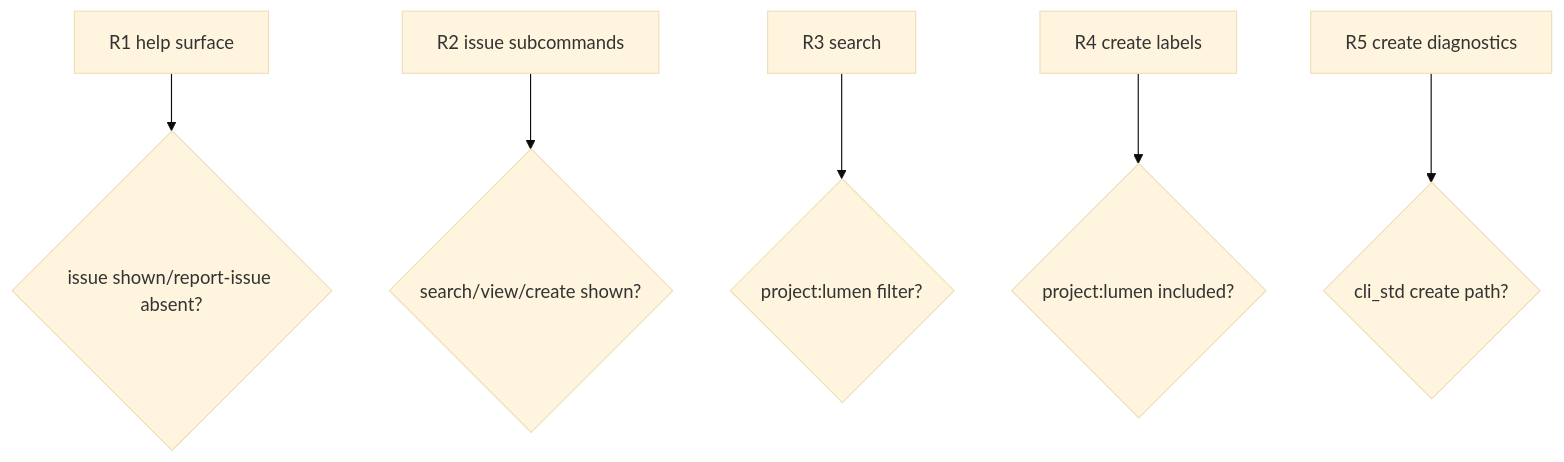
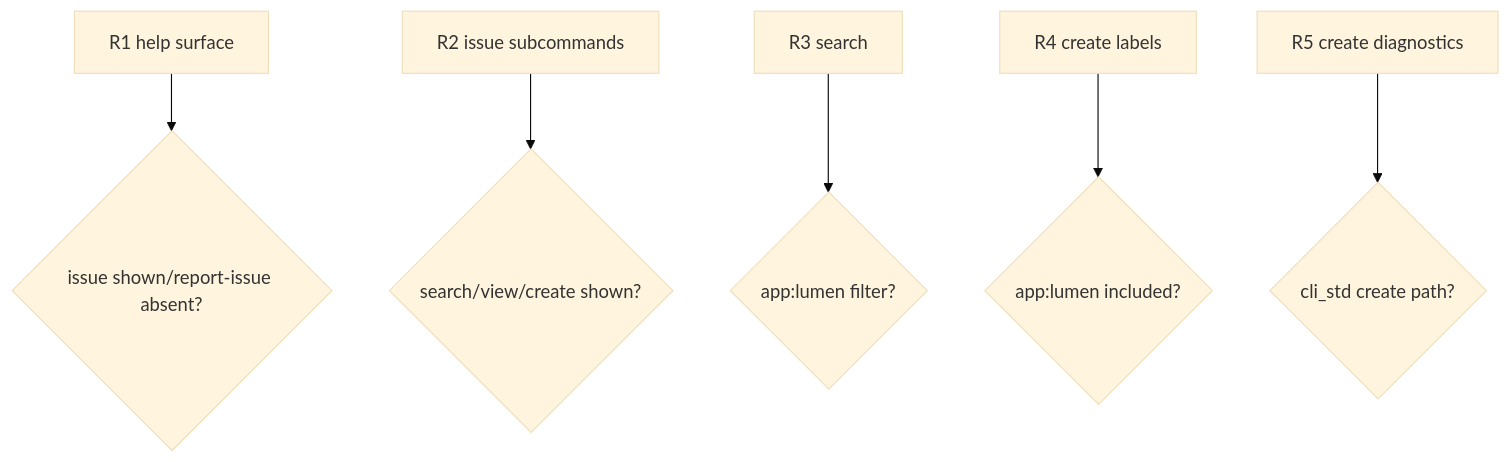
One commit to chrischeng-c4/axiom changed the second of 2 diagrams in projects/lumen/tech-design/interfaces/cli/lumen-issue-search-view-create-shared-cli-standard.md. Above: the diagram before and after it, drawn with Mermaid (base theme). The commit also changed other lines of this file and 84 other files, not shown here.

First line of the commit message:
refactor(aw): adopt app and lib tracker labels

````diff
--- a/projects/lumen/tech-design/interfaces/cli/lumen-issue-search-view-create-shared-cli-standard.md
+++ b/projects/lumen/tech-design/interfaces/cli/lumen-issue-search-view-create-shared-cli-standard.md
@@ -103,42 +103,42 @@
 ```mermaid
 ---
 id: lumen-issue-group-contract-verification
 requirements:
   help_surface:
     id: R1
     text: "`lumen --help` lists llm, upgrade, and issue, and no longer lists report-issue"
     kind: functional
     risk: high
     verify: test
   issue_subcommands:
     id: R2
     text: "`lumen issue --help` lists search, view, and create"
     kind: functional
     risk: high
     verify: test
   search_filters_project:
     id: R3
-    text: "issue search delegates to cli_std::issue::search with tool.project = lumen, so results filter to project:lumen"
+    text: "issue search delegates to cli_std::issue::search with tool.project = lumen, so results filter to app:lumen"
     kind: functional
     risk: medium
     verify: test
   create_labels_project:
     id: R4
-    text: "issue create always includes project:lumen before any user labels"
+    text: "issue create always includes app:lumen before any user labels"
     kind: functional
     risk: high
     verify: test
   diagnostics_fallback:
     id: R5
     text: "issue create preserves diagnostics, --url enrichment, --repo, --dry-run, and no-token fallback through cli_std::issue::create"
     kind: functional
     risk: medium
     verify: test
 ---
 flowchart TD
     r1[R1 help surface] --> v1{issue shown/report-issue absent?}
     r2[R2 issue subcommands] --> v2{search/view/create shown?}
-    r3[R3 search] --> v3{project:lumen filter?}
-    r4[R4 create labels] --> v4{project:lumen included?}
+    r3[R3 search] --> v3{app:lumen filter?}
+    r4[R4 create labels] --> v4{app:lumen included?}
     r5[R5 create diagnostics] --> v5{cli_std create path?}
 ```
````
